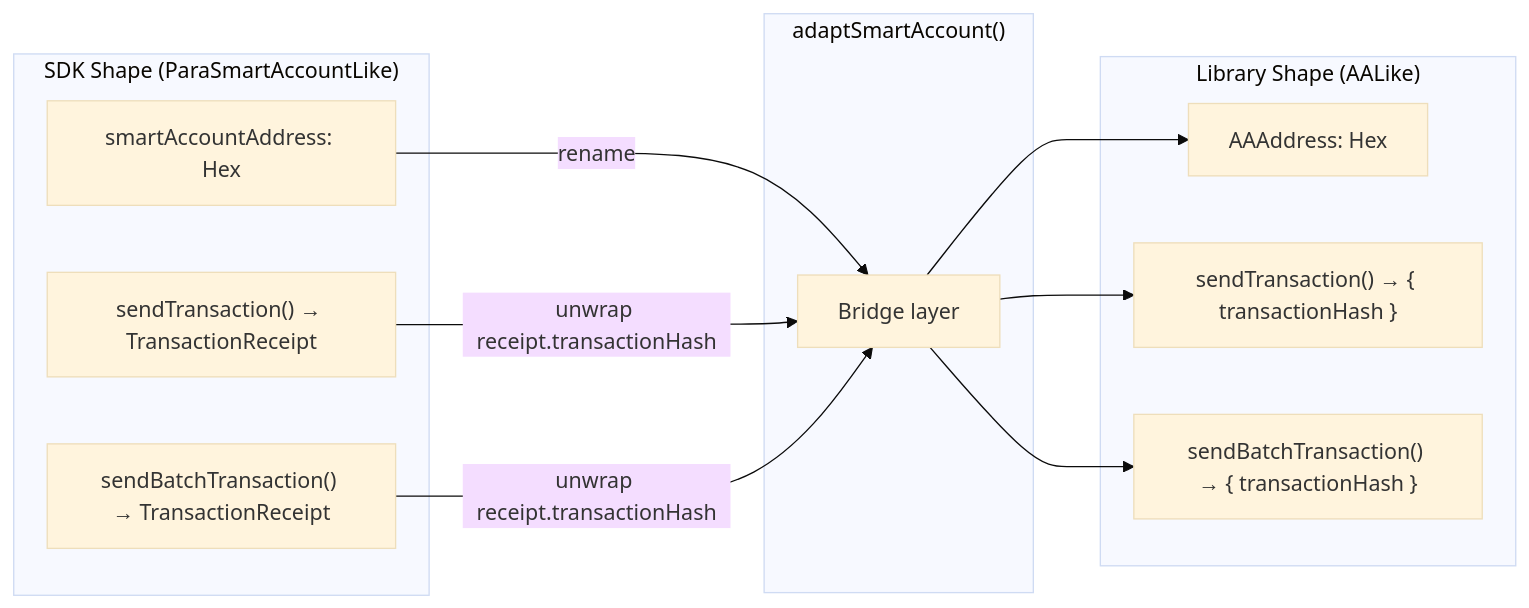
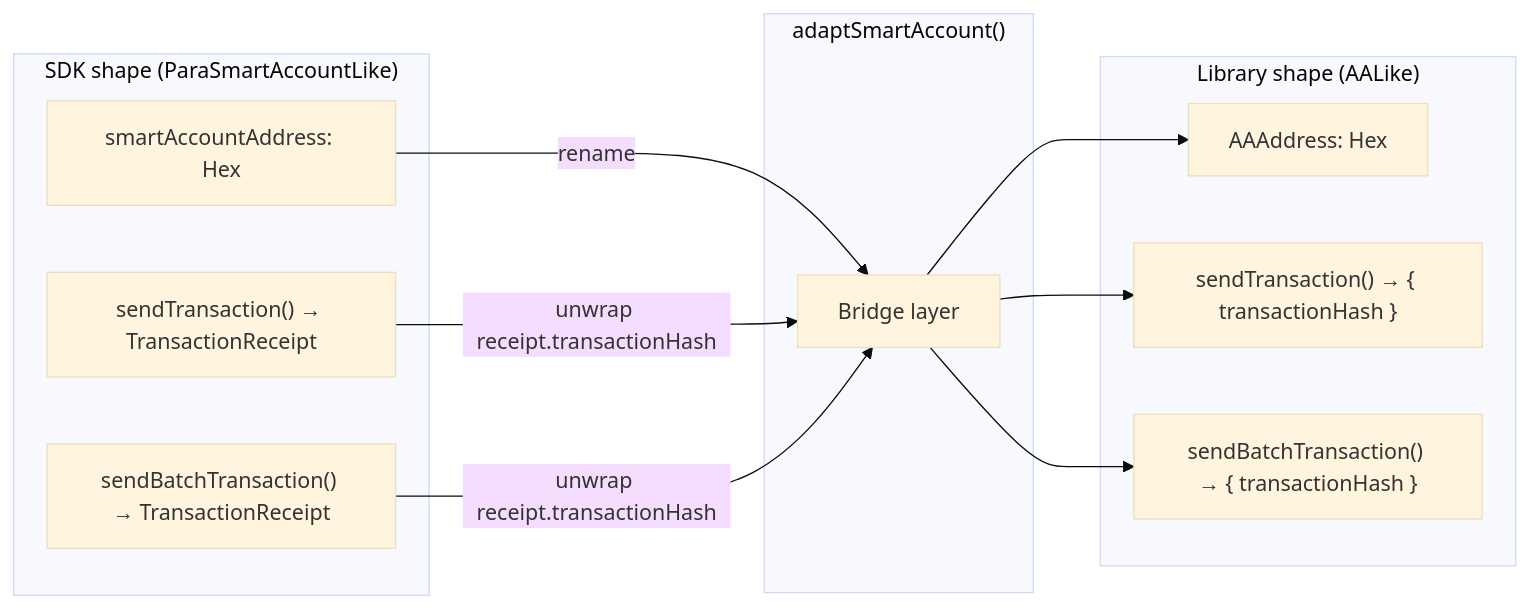
Before and after one commit to aomi-labs/aomi-widget: the seventh of 7 diagrams in specs/AA-ARCH.md, drawn with Mermaid (base theme). The commit also changed other lines of this file and 11 other files, not shown here.

````diff
--- a/specs/AA-ARCH.md
+++ b/specs/AA-ARCH.md
@@ -304,25 +317,25 @@
 ```mermaid
 graph LR
-    subgraph "SDK Shape (ParaSmartAccountLike)"
+    subgraph "SDK shape (ParaSmartAccountLike)"
         SA_ADDR[smartAccountAddress: Hex]
         SA_SEND["sendTransaction() → TransactionReceipt"]
         SA_BATCH["sendBatchTransaction() → TransactionReceipt"]
     end
 
     subgraph "adaptSmartAccount()"
         ADAPT[Bridge layer]
     end
 
-    subgraph "Library Shape (AALike)"
+    subgraph "Library shape (AALike)"
         AA_ADDR[AAAddress: Hex]
         AA_SEND["sendTransaction() → { transactionHash }"]
         AA_BATCH["sendBatchTransaction() → { transactionHash }"]
     end
 
     SA_ADDR -->|rename| ADAPT
     SA_SEND -->|"unwrap receipt.transactionHash"| ADAPT
     SA_BATCH -->|"unwrap receipt.transactionHash"| ADAPT
     ADAPT --> AA_ADDR
     ADAPT --> AA_SEND
     ADAPT --> AA_BATCH
 ```
````
